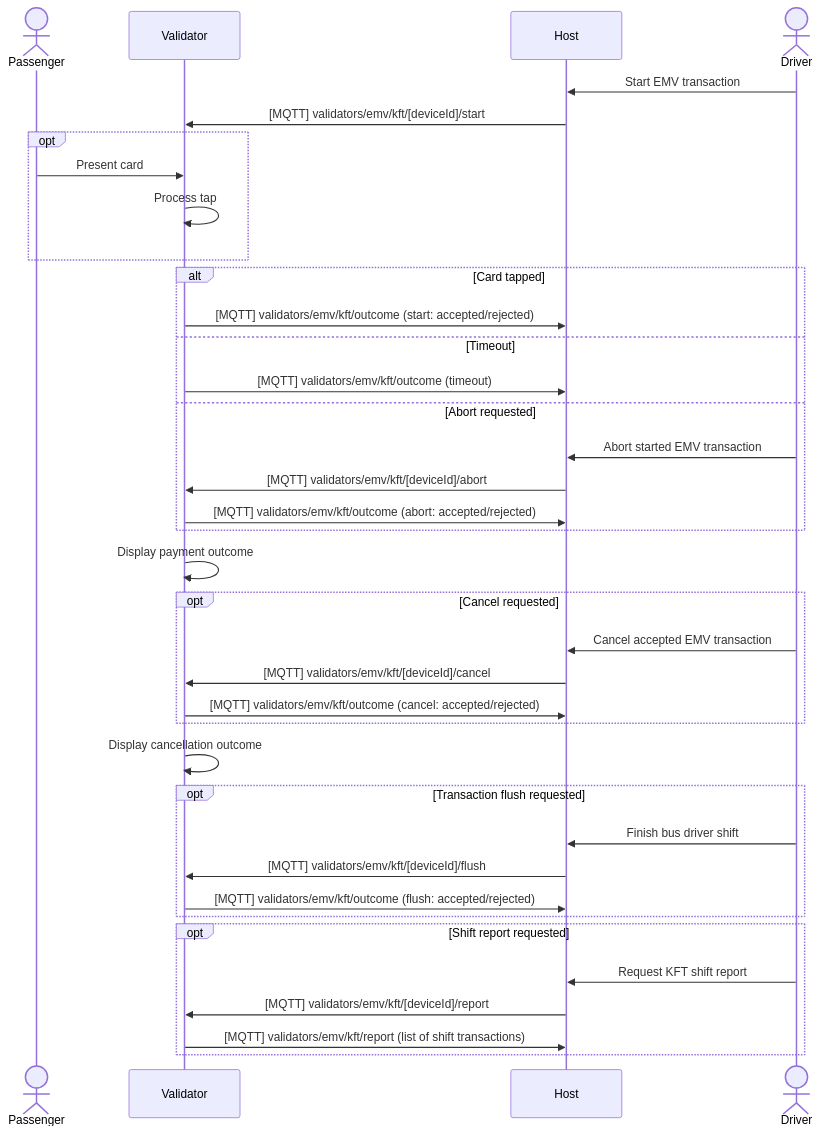
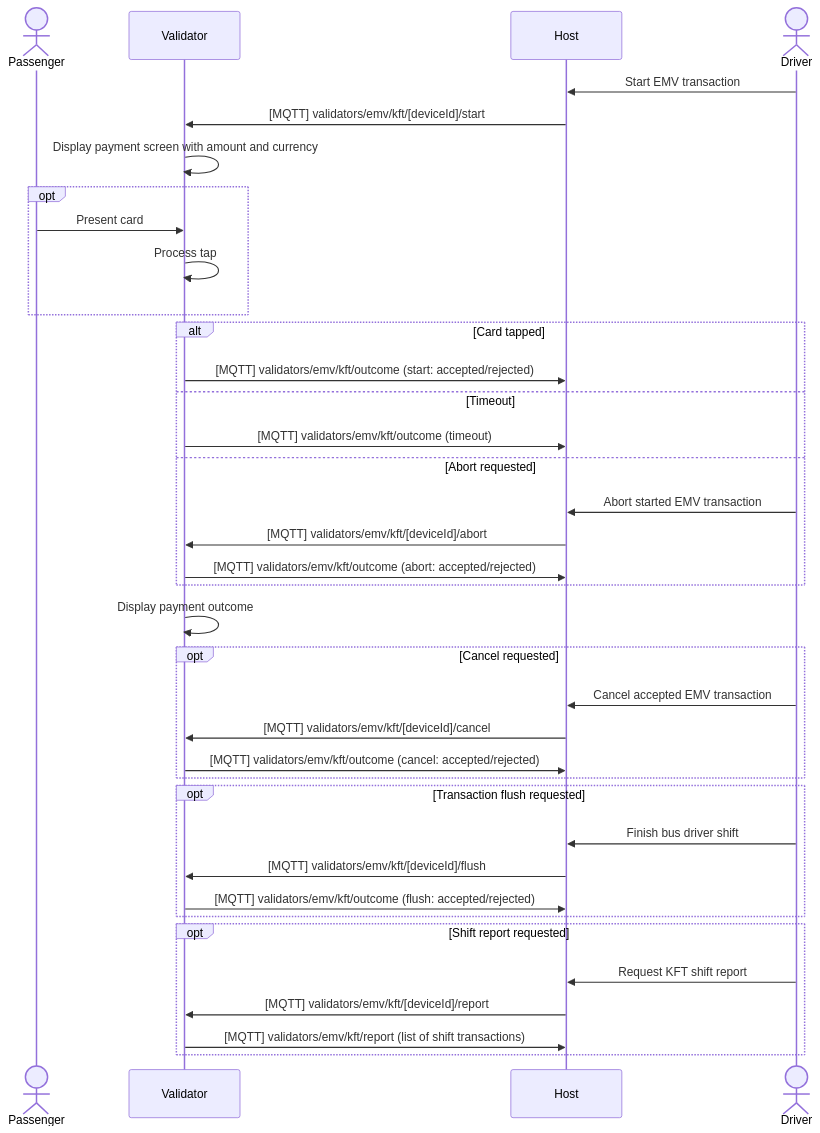
One commit to Fara-AS/hwb changed the second of 2 diagrams in specifications/validators/emv/kft/kft.md. Above: the diagram before and after it, drawn with Mermaid. The commit also changed 18 other files, not shown here.

Commit message:
fix: correct EMV spec schemas, docs and add validation fixtures

````diff
--- a/specifications/validators/emv/kft/kft.md
+++ b/specifications/validators/emv/kft/kft.md
@@ -32,48 +32,48 @@
 ``` mermaid
 sequenceDiagram
     actor Passenger
     participant Validator
     participant Host
     actor Driver
 
     Driver->>Host: Start EMV transaction
 
     Host->>Validator: [MQTT] validators/emv/kft/[deviceId]/start
+
+    Validator->>Validator: Display payment screen with amount and currency
 
     opt
     Passenger->>Validator: Present card
     Validator->>Validator: Process tap
     end
 
     alt Card tapped
         Validator->>Host: [MQTT] validators/emv/kft/outcome (start: accepted/rejected)
     else Timeout
         Validator->>Host: [MQTT] validators/emv/kft/outcome (timeout)
     else Abort requested
         Driver->>Host: Abort started EMV transaction
         Host->>Validator: [MQTT] validators/emv/kft/[deviceId]/abort
         Validator->>Host: [MQTT] validators/emv/kft/outcome (abort: accepted/rejected)
     end
 
     Validator->>Validator: Display payment outcome
 
     opt Cancel requested
         Driver->>Host: Cancel accepted EMV transaction
         Host->>Validator: [MQTT] validators/emv/kft/[deviceId]/cancel
         Validator->>Host: [MQTT] validators/emv/kft/outcome (cancel: accepted/rejected)
     end
 
-    Validator->>Validator: Display cancellation outcome
-
     opt Transaction flush requested
         Driver->>Host: Finish bus driver shift
         Host->>Validator: [MQTT] validators/emv/kft/[deviceId]/flush
         Validator->>Host: [MQTT] validators/emv/kft/outcome (flush: accepted/rejected)
     end
 
     opt Shift report requested
         Driver->>Host: Request KFT shift report
         Host->>Validator: [MQTT] validators/emv/kft/[deviceId]/report
         Validator->>Host: [MQTT] validators/emv/kft/report (list of shift transactions)
     end
 ```
````
